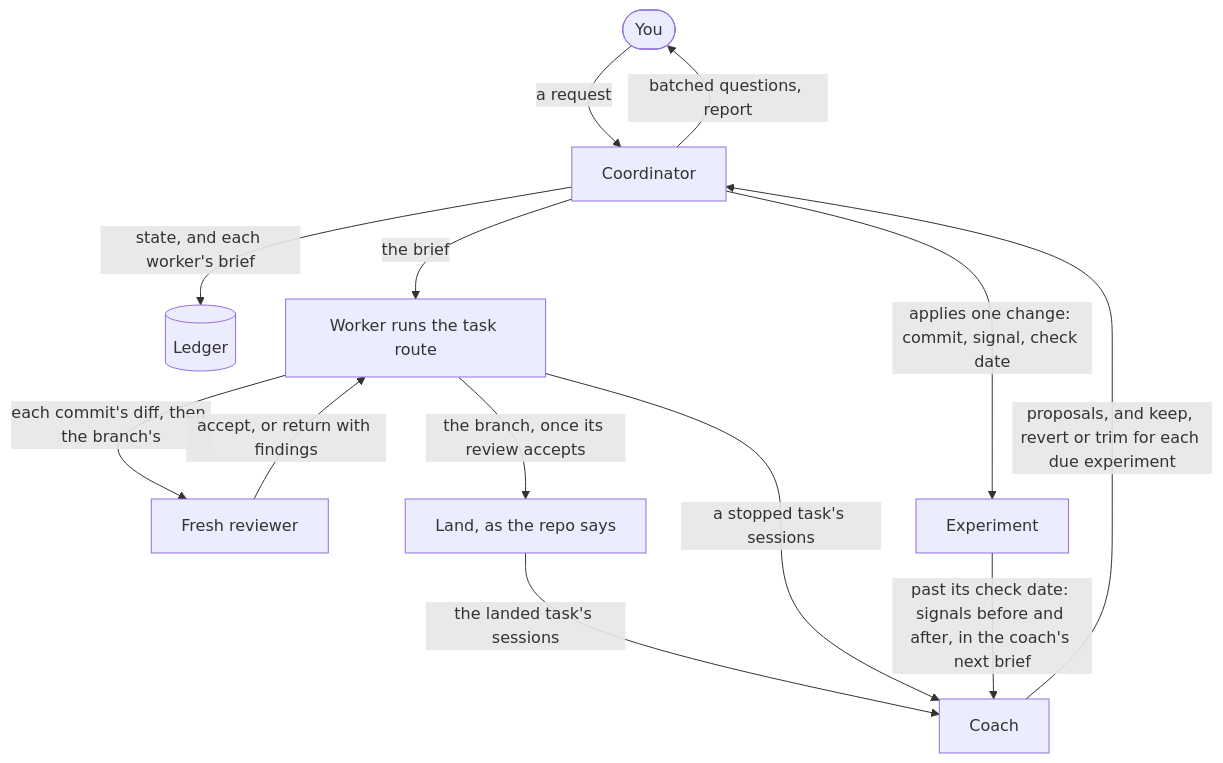
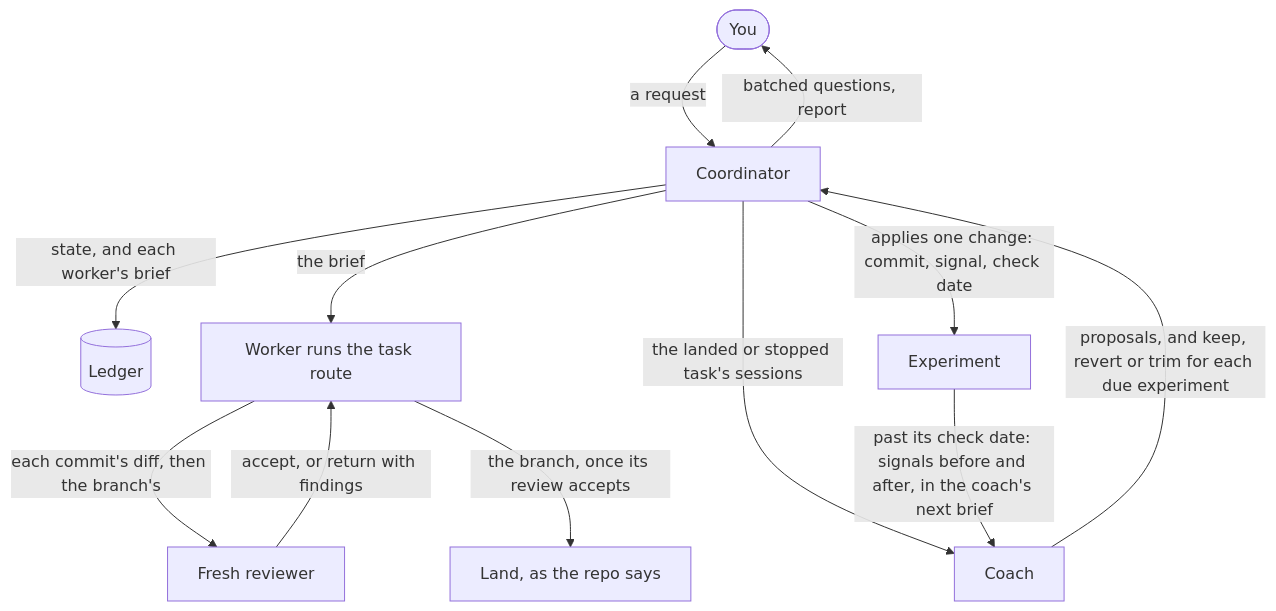
One commit to cniska/agent-skills changed the second of 4 diagrams in docs/loops.md. Above: the diagram before and after it, drawn with Mermaid. The commit also changed 12 other files, not shown here.

````diff
--- a/docs/loops.md
+++ b/docs/loops.md
@@ -38,15 +38,14 @@
 ```mermaid
 flowchart TD
   you(["You"]) -- "a request" --> lead["Coordinator"]
   lead -- "state, and each worker's brief" --> ledger[("Ledger")]
   lead -- "batched questions, report" --> you
   lead -- "the brief" --> worker["Worker runs the task route"]
   worker -- "each commit's diff, then the branch's" --> reviewer["Fresh reviewer"]
   reviewer -- "accept, or return with findings" --> worker
   worker -- "the branch, once its review accepts" --> land["Land, as the repo says"]
-  land -- "the landed task's sessions" --> coach["Coach"]
-  worker -- "a stopped task's sessions" --> coach
+  lead -- "the landed or stopped task's sessions" --> coach["Coach"]
   coach -- "proposals, and keep, revert or trim for each due experiment" --> lead
   lead -- "applies one change: commit, signal, check date" --> exp["Experiment"]
   exp -- "past its check date: signals before and after, in the coach's next brief" --> coach
 ```
````
